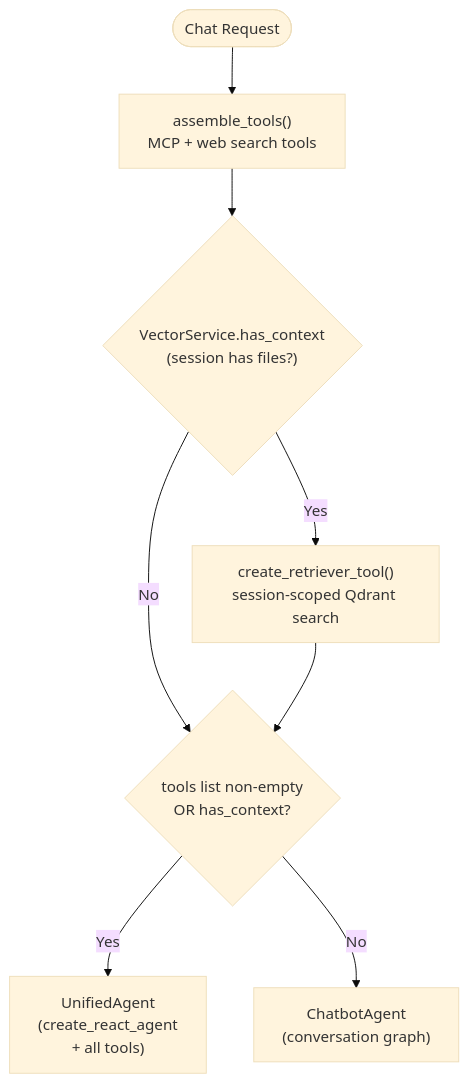
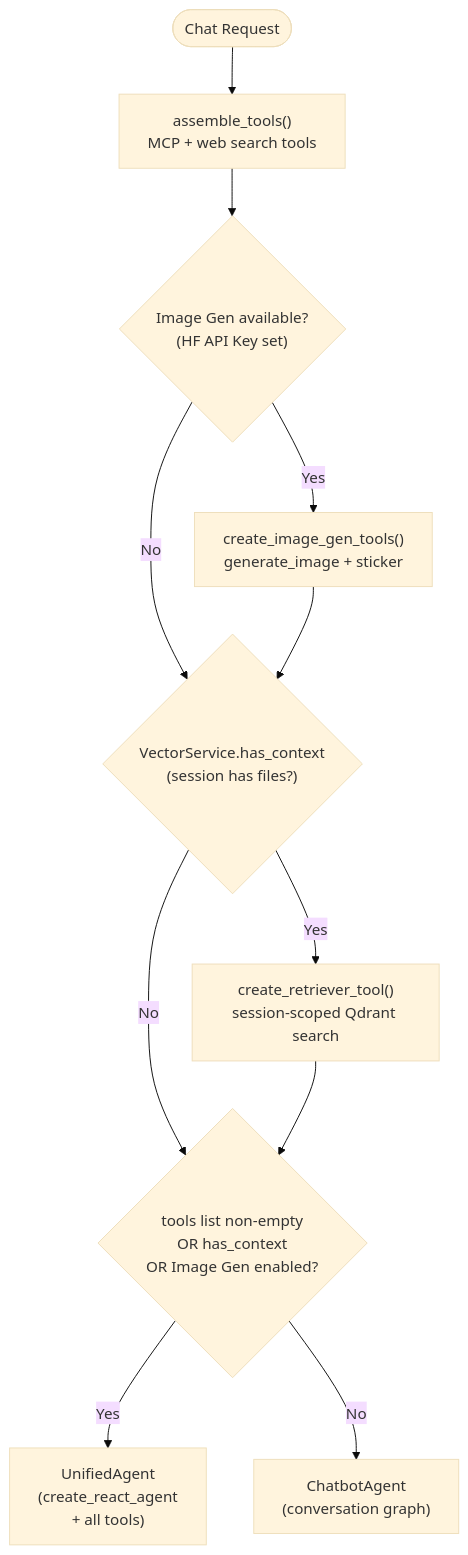
One commit to giasinguyen/chatly-messaging-platform changed the fifth of 12 diagrams in chatly-agent/ARCHITECTURE.md. Above: the diagram before and after it, drawn with Mermaid (base theme). The commit also changed other lines of this file and 2 other files, not shown here.

Commit message:
feat: update documentation to reflect image generation capabilities and API key changes

````diff
--- a/chatly-agent/ARCHITECTURE.md
+++ b/chatly-agent/ARCHITECTURE.md
@@ -193,17 +190,22 @@
 ```mermaid
 flowchart TD
     Start([Chat Request])
     AssembleTools["assemble_tools()\nMCP + web search tools"]
+    CheckImageGen{"Image Gen available?\n(HF API Key set)"}
     CheckHasContext{"VectorService.has_context\n(session has files?)"}
     BuildRetriever["create_retriever_tool()\nsession-scoped Qdrant search"]
-    CheckNeedUnified{"tools list non-empty\nOR has_context?"}
+    BuildImageTools["create_image_gen_tools()\ngenerate_image + sticker"]
+    CheckNeedUnified{"tools list non-empty\nOR has_context\nOR Image Gen enabled?"}
     UnifiedAgent["UnifiedAgent\n(create_react_agent\n+ all tools)"]
     ChatbotAgent["ChatbotAgent\n(conversation graph)"]
 
-    Start --> AssembleTools --> CheckHasContext
+    Start --> AssembleTools --> CheckImageGen
+    CheckImageGen -->|Yes| BuildImageTools
+    CheckImageGen -->|No| CheckHasContext
+    BuildImageTools --> CheckHasContext
     CheckHasContext -->|Yes| BuildRetriever
     CheckHasContext -->|No| CheckNeedUnified
     BuildRetriever --> CheckNeedUnified
     CheckNeedUnified -->|Yes| UnifiedAgent
     CheckNeedUnified -->|No| ChatbotAgent
 ```
````
